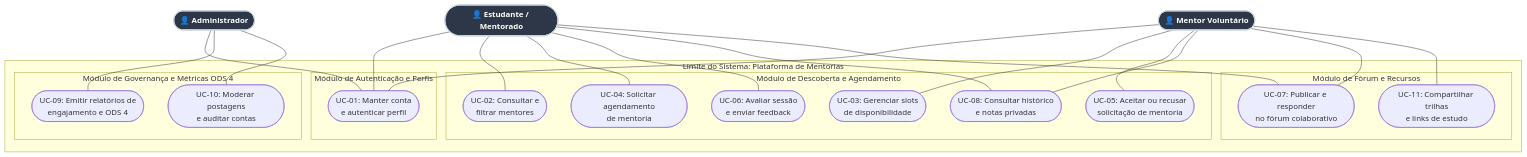
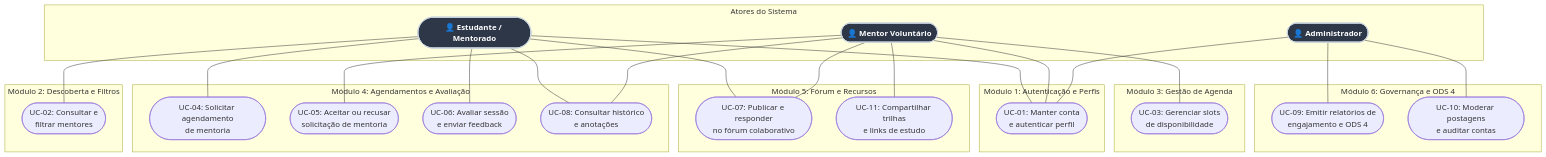
One commit to leorruas/puc changed the first of 2 diagrams in 06. Projeto - Aplicacao Interativa/00 – Projeto de fato.md. Above: the diagram before and after it, drawn with Mermaid. The commit also changed other lines of this file, not shown here.

Commit message:
docs(projeto): organizar diagramas de caso de uso em fluxo vertical e subgrafos empilhados

````diff
--- a/06. Projeto - Aplicacao Interativa/00 – Projeto de fato.md
+++ b/06. Projeto - Aplicacao Interativa/00 – Projeto de fato.md
@@ -154,52 +154,57 @@
 ```mermaid
 flowchart TD
-    Estudante(["👤 Estudante / Mentorado"]):::actorStyle
-    Mentor(["👤 Mentor Voluntário"]):::actorStyle
-    Admin(["👤 Administrador"]):::actorStyle
+    subgraph Atores["Atores do Sistema"]
+        Estudante(["👤 Estudante / Mentorado"]):::actorStyle
+        Mentor(["👤 Mentor Voluntário"]):::actorStyle
+        Admin(["👤 Administrador"]):::actorStyle
+    end
 
-    subgraph Sistema["Limite do Sistema: Plataforma de Mentorias"]
-        subgraph ModuloAutenticacao["Módulo de Autenticação e Perfis"]
-            UC01(["UC-01: Manter conta<br>e autenticar perfil"])
-        end
+    subgraph ModuloAutenticacao["Módulo 1: Autenticação e Perfis"]
+        UC01(["UC-01: Manter conta<br>e autenticar perfil"])
+    end
 
-        subgraph ModuloAgendamento["Módulo de Descoberta e Agendamento"]
-            UC02(["UC-02: Consultar e<br>filtrar mentores"])
-            UC03(["UC-03: Gerenciar slots<br>de disponibilidade"])
-            UC04(["UC-04: Solicitar agendamento<br>de mentoria"])
-            UC05(["UC-05: Aceitar ou recusar<br>solicitação de mentoria"])
-            UC06(["UC-06: Avaliar sessão<br>e enviar feedback"])
-            UC08(["UC-08: Consultar histórico<br>e notas privadas"])
-        end
+    subgraph ModuloDescoberta["Módulo 2: Descoberta e Filtros"]
+        UC02(["UC-02: Consultar e<br>filtrar mentores"])
+    end
 
-        subgraph ModuloComunidade["Módulo de Fórum e Recursos"]
-            UC07(["UC-07: Publicar e responder<br>no fórum colaborativo"])
-            UC11(["UC-11: Compartilhar trilhas<br>e links de estudo"])
-        end
+    subgraph ModuloAgenda["Módulo 3: Gestão de Agenda"]
+        UC03(["UC-03: Gerenciar slots<br>de disponibilidade"])
+    end
 
-        subgraph ModuloGovernanca["Módulo de Governança e Métricas ODS 4"]
-            UC09(["UC-09: Emitir relatórios de<br>engajamento e ODS 4"])
-            UC10(["UC-10: Moderar postagens<br>e auditar contas"])
-        end
+    subgraph ModuloAgendamento["Módulo 4: Agendamentos e Avaliação"]
+        UC04(["UC-04: Solicitar agendamento<br>de mentoria"])
+        UC05(["UC-05: Aceitar ou recusar<br>solicitação de mentoria"])
+        UC06(["UC-06: Avaliar sessão<br>e enviar feedback"])
+        UC08(["UC-08: Consultar histórico<br>e anotações"])
+    end
+
+    subgraph ModuloComunidade["Módulo 5: Fórum e Recursos"]
+        UC07(["UC-07: Publicar e responder<br>no fórum colaborativo"])
+        UC11(["UC-11: Compartilhar trilhas<br>e links de estudo"])
+    end
+
+    subgraph ModuloGovernanca["Módulo 6: Governança e ODS 4"]
+        UC09(["UC-09: Emitir relatórios de<br>engajamento e ODS 4"])
+        UC10(["UC-10: Moderar postagens<br>e auditar contas"])
     end
 
     Estudante --- UC01
-    Mentor --- UC01
-    Admin --- UC01
-
     Estudante --- UC02
     Estudante --- UC04
     Estudante --- UC06
     Estudante --- UC08
     Estudante --- UC07
 
+    Mentor --- UC01
     Mentor --- UC03
     Mentor --- UC05
+    Mentor --- UC07
     Mentor --- UC08
-    Mentor --- UC07
     Mentor --- UC11
 
+    Admin --- UC01
     Admin --- UC09
     Admin --- UC10
 
     classDef actorStyle fill:#2d3748,stroke:#cbd5e0,stroke-width:2px,color:#ffffff,font-weight:bold;
 ```
````
